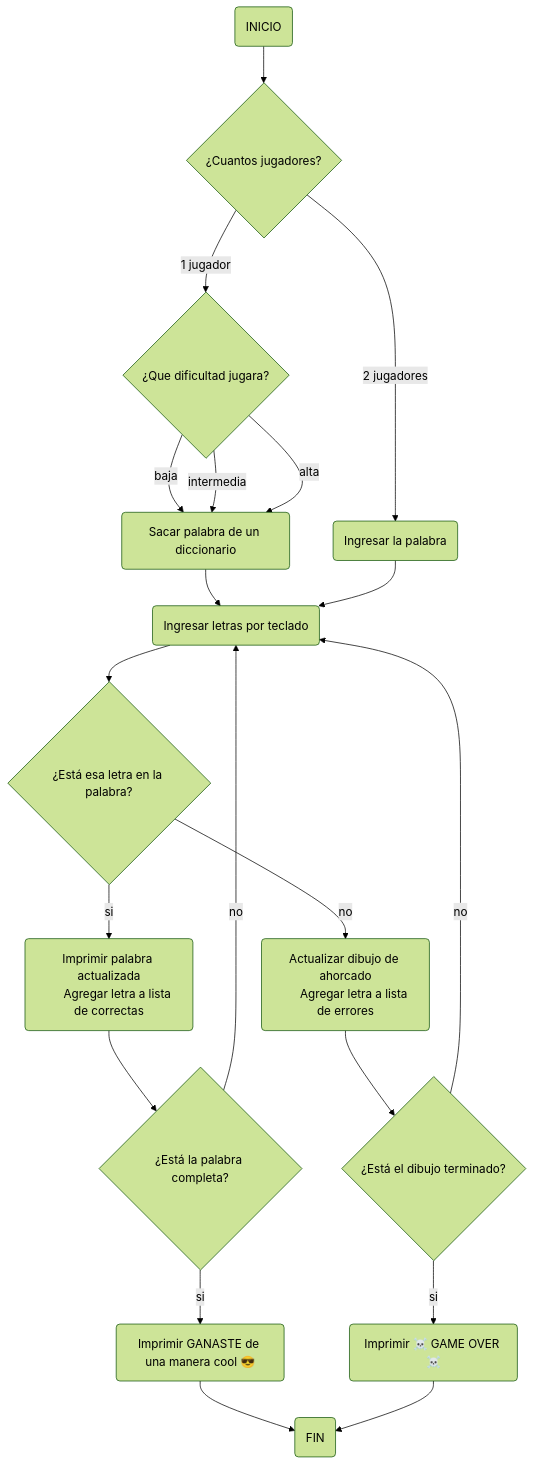
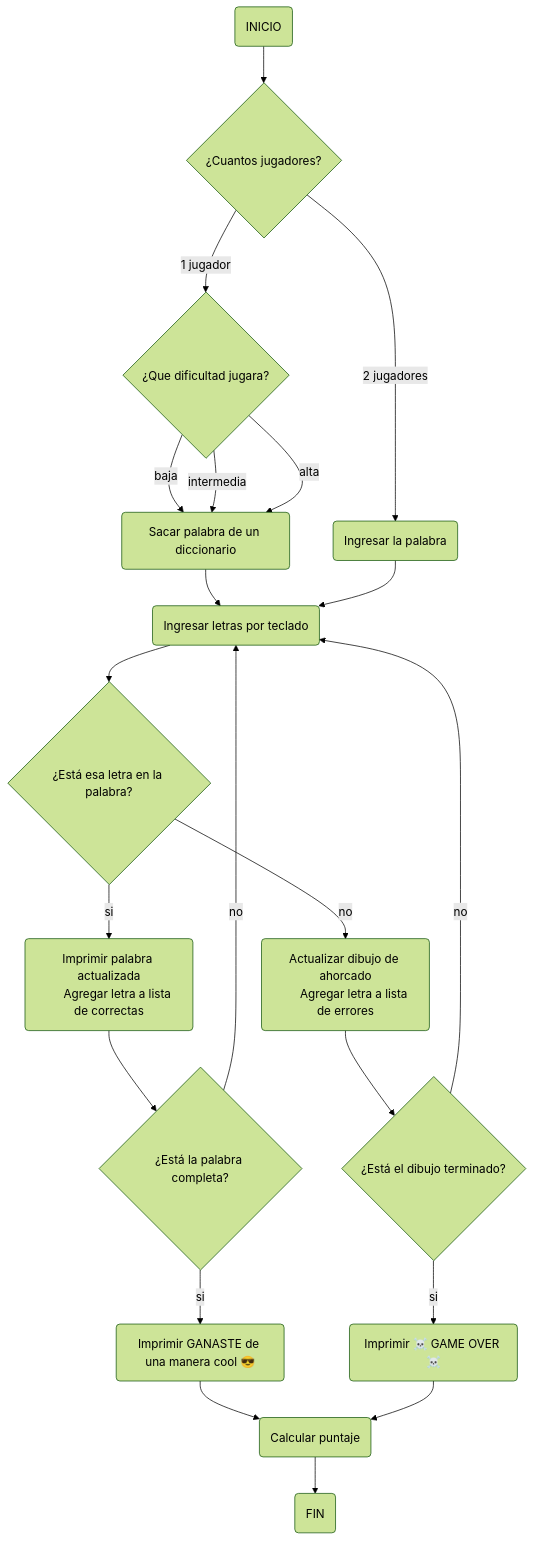
Before and after one commit to JMC020406/Proyecto: the diagram in README.md, drawn with Mermaid (forest theme).

````diff
--- a/README.md
+++ b/README.md
@@ -10,25 +10,26 @@
 ```mermaid
 graph TD;
   A(INICIO) --> B{¿Cuantos jugadores?}
   B-->|1 jugador|C{¿Que dificultad jugara?}
   B-->|2 jugadores|E(Ingresar la palabra)
   C-->|baja|D(Sacar palabra de un diccionario)
   C-->|intermedia|D
   C-->|alta|D
   D-->F
   E-->F(Ingresar letras por teclado)
   F-->G{¿Está esa letra en la palabra?}
   G-->|si|H(Imprimir palabra actualizada
       Agregar letra a lista de correctas)
   G-->|no|I(Actualizar dibujo de ahorcado
       Agregar letra a lista de errores)
   H-->J{¿Está la palabra completa?}
   J-->|si|K(Imprimir GANASTE de una manera cool 😎)
-  K-->L(FIN)
+  K-->L(Calcular puntaje)
   J-->|no|F
   I-->N{¿Está el dibujo terminado?}
   N-->|si|M(Imprimir ☠️ GAME OVER ☠️)
   M-->L
   N-->|no|F
+  L-->O(FIN)
 
 ```
````
